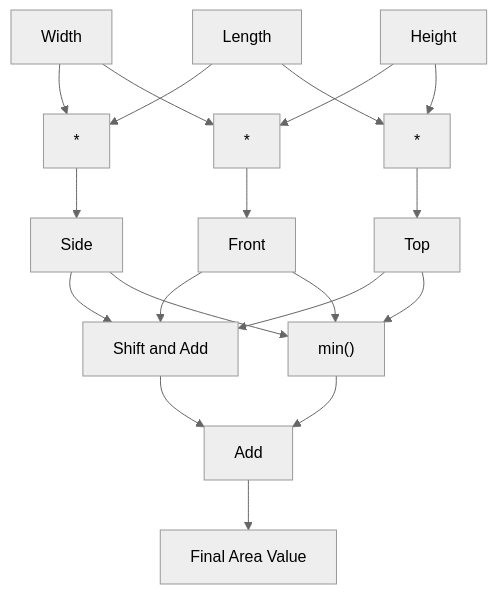
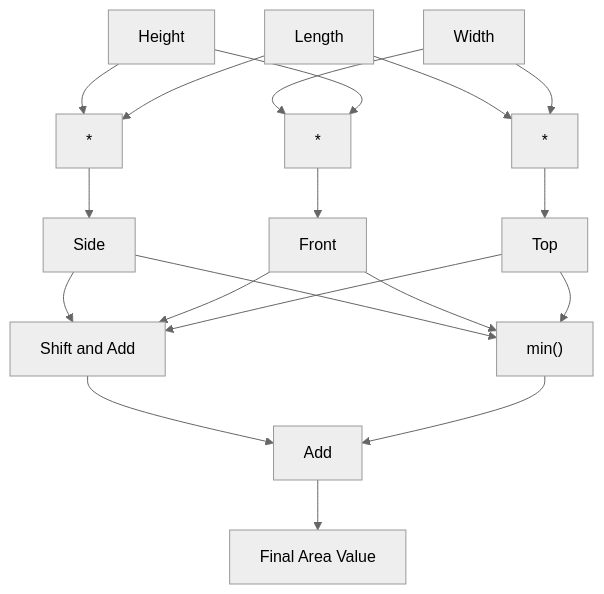
Before and after one commit to MatthieuMichon/aoc-rtl: the diagram in 15/2-1/README.md, drawn with Mermaid (neutral theme).

Commit message:
(2015day2.1) doc: Fix typo in diagram

````diff
--- a/15/2-1/README.md
+++ b/15/2-1/README.md
@@ -92,46 +92,46 @@
 ```mermaid
 flowchart
 l["Length"]
 w["Width"]
 h["Height"]
 
 lw["*"]
 wh["*"]
 hl["*"]
 
 s["Side"]
 f["Front"]
 t["Top"]
 
 add["Shift and Add"]
 min["min()"]
 
 final_add["Add"]
 
 area["Final Area Value"]
 
 l --> lw
 w --> lw
-lw --> s
+lw --> t
 
 w --> wh
 h --> wh
 wh --> f
 
 h --> hl
 l --> hl
-hl --> t
+hl --> s
 
 s --> add
 f --> add
 t --> add
 
 s --> min
 f --> min
 t --> min
 
 add --> final_add
 min --> final_add
 
 final_add --> area
 ```
````
